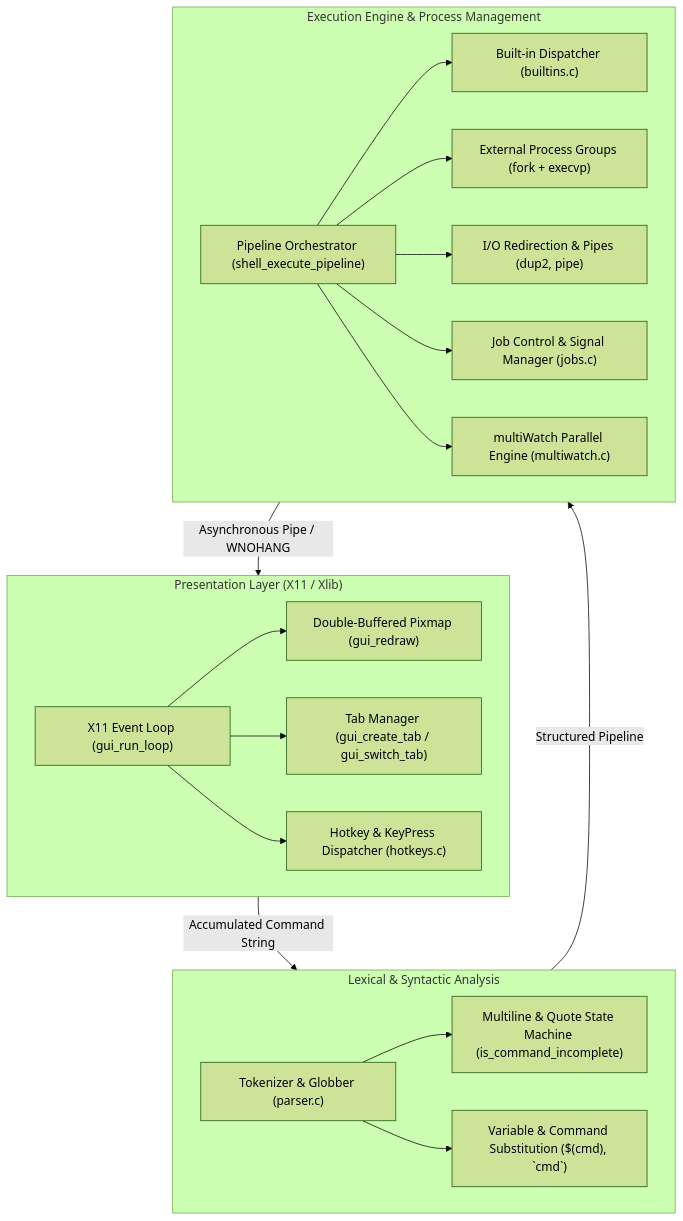
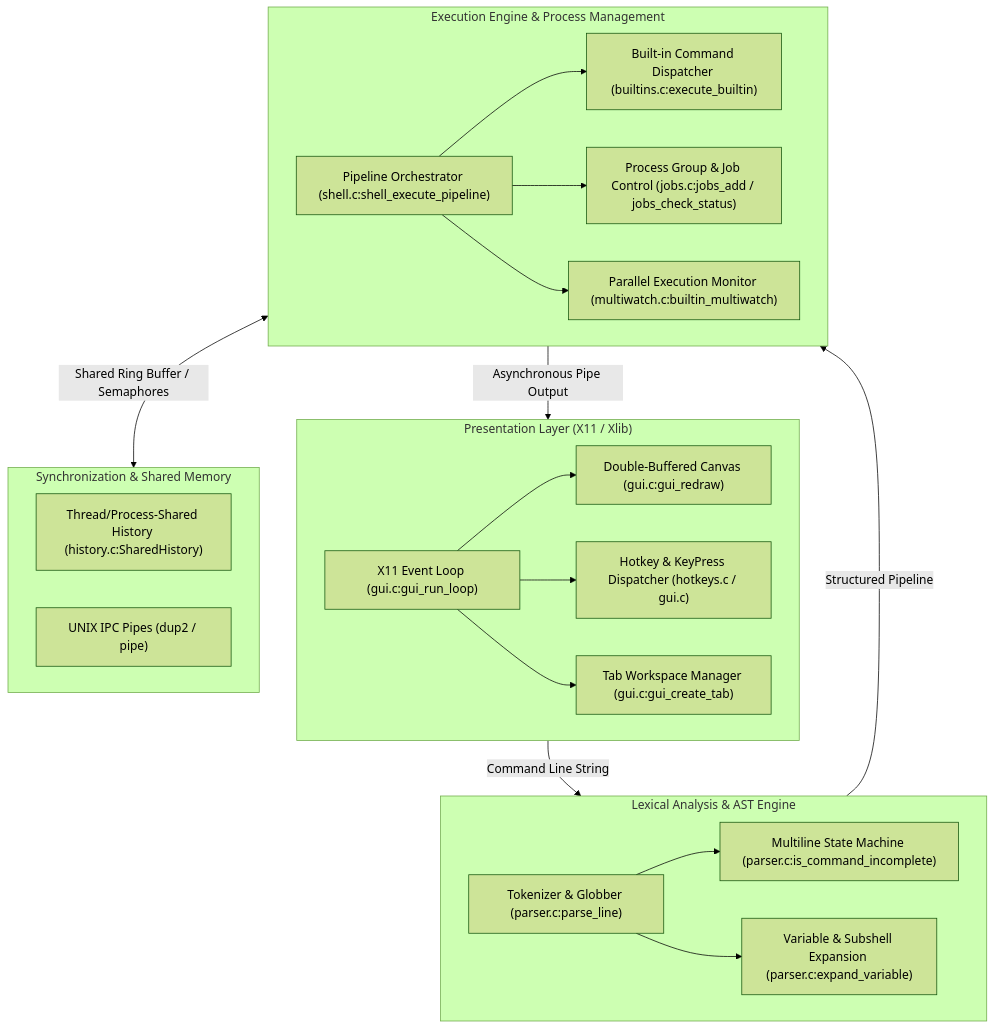
The first of 8 diagrams in DESIGN.md (littleboy3012/Terminator), drawn with Mermaid (forest theme) before and after one commit. The commit also changed other lines of this file, not shown here.

Commit message:
Update DESIGN.md with complete architectural execution traces and diagrams

````diff
--- a/DESIGN.md
+++ b/DESIGN.md
@@ -14,38 +16,40 @@
 ```mermaid
 flowchart TD
-    subgraph UI_Layer ["Presentation Layer (X11 / Xlib)"]
-        A["X11 Event Loop (gui_run_loop)"]
-        B["Double-Buffered Pixmap (gui_redraw)"]
-        C["Tab Manager (gui_create_tab / gui_switch_tab)"]
-        D["Hotkey & KeyPress Dispatcher (hotkeys.c)"]
+    subgraph Presentation_Layer ["Presentation Layer (X11 / Xlib)"]
+        A["X11 Event Loop (gui.c:gui_run_loop)"]
+        B["Double-Buffered Canvas (gui.c:gui_redraw)"]
+        C["Hotkey & KeyPress Dispatcher (hotkeys.c / gui.c)"]
+        D["Tab Workspace Manager (gui.c:gui_create_tab)"]
         A --> B
         A --> C
         A --> D
     end
 
-    subgraph Core_Parsing ["Lexical & Syntactic Analysis"]
-        E["Tokenizer & Globber (parser.c)"]
-        F["Multiline & Quote State Machine (is_command_incomplete)"]
-        G["Variable & Command Substitution ($(cmd), `cmd`)"]
+    subgraph Parsing_Engine ["Lexical Analysis & AST Engine"]
+        E["Tokenizer & Globber (parser.c:parse_line)"]
+        F["Multiline State Machine (parser.c:is_command_incomplete)"]
+        G["Variable & Subshell Expansion (parser.c:expand_variable)"]
         E --> F
         E --> G
     end
 
     subgraph Execution_Engine ["Execution Engine & Process Management"]
-        H["Pipeline Orchestrator (shell_execute_pipeline)"]
-        I["Built-in Dispatcher (builtins.c)"]
-        J["External Process Groups (fork + execvp)"]
-        K["I/O Redirection & Pipes (dup2, pipe)"]
-        L["Job Control & Signal Manager (jobs.c)"]
-        M["multiWatch Parallel Engine (multiwatch.c)"]
+        H["Pipeline Orchestrator (shell.c:shell_execute_pipeline)"]
+        I["Built-in Command Dispatcher (builtins.c:execute_builtin)"]
+        J["Process Group & Job Control (jobs.c:jobs_add / jobs_check_status)"]
+        K["Parallel Execution Monitor (multiwatch.c:builtin_multiwatch)"]
         H --> I
         H --> J
         H --> K
-        H --> L
-        H --> M
     end
 
-    UI_Layer -->|Accumulated Command String| Core_Parsing
-    Core_Parsing -->|Structured Pipeline| Execution_Engine
-    Execution_Engine -->|Asynchronous Pipe / WNOHANG| UI_Layer
+    subgraph IPC_Shared_State ["Synchronization & Shared Memory"]
+        L["Thread/Process-Shared History (history.c:SharedHistory)"]
+        M["UNIX IPC Pipes (dup2 / pipe)"]
+    end
+
+    Presentation_Layer -->|Command Line String| Parsing_Engine
+    Parsing_Engine -->|Structured Pipeline| Execution_Engine
+    Execution_Engine <-->|Shared Ring Buffer / Semaphores| IPC_Shared_State
+    Execution_Engine -->|Asynchronous Pipe Output| Presentation_Layer
 ```
````
